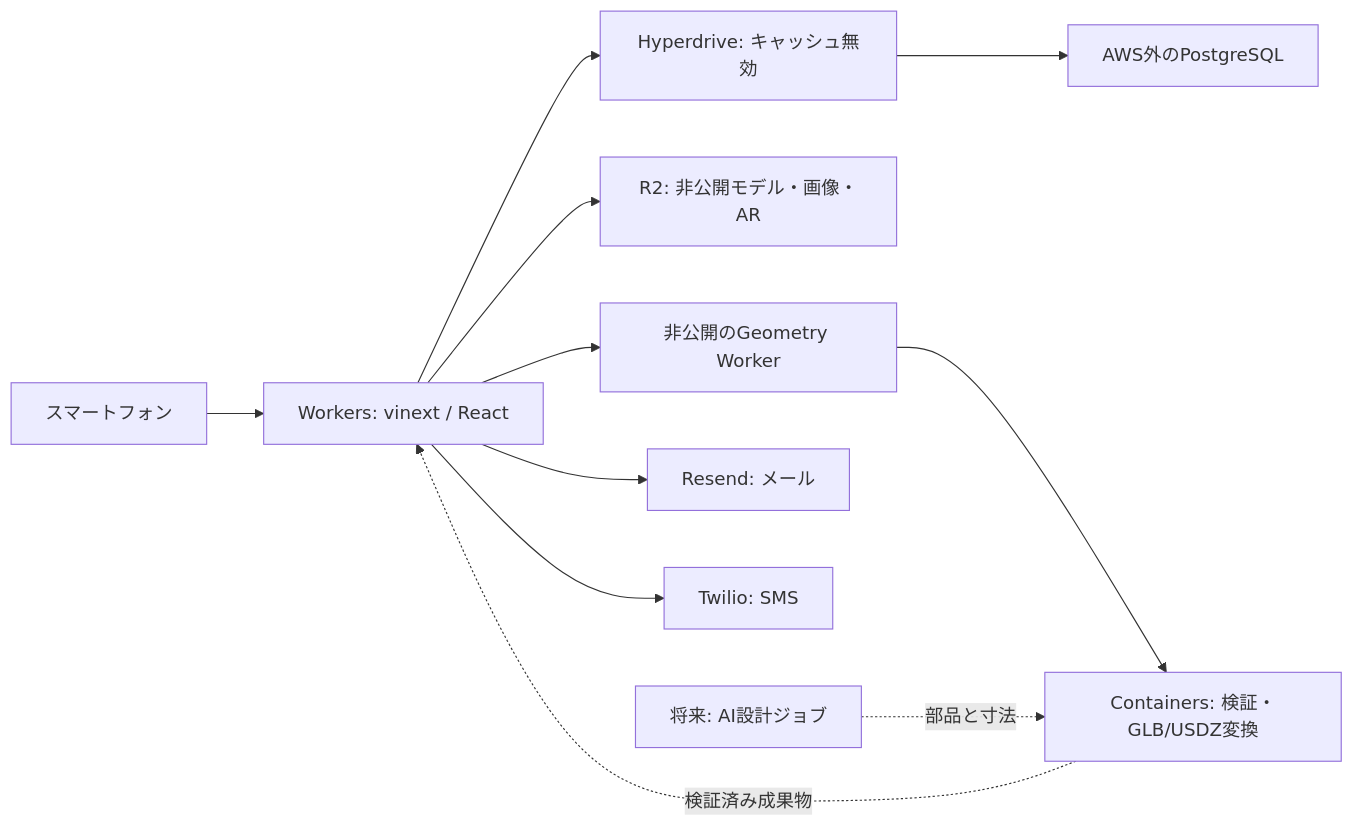
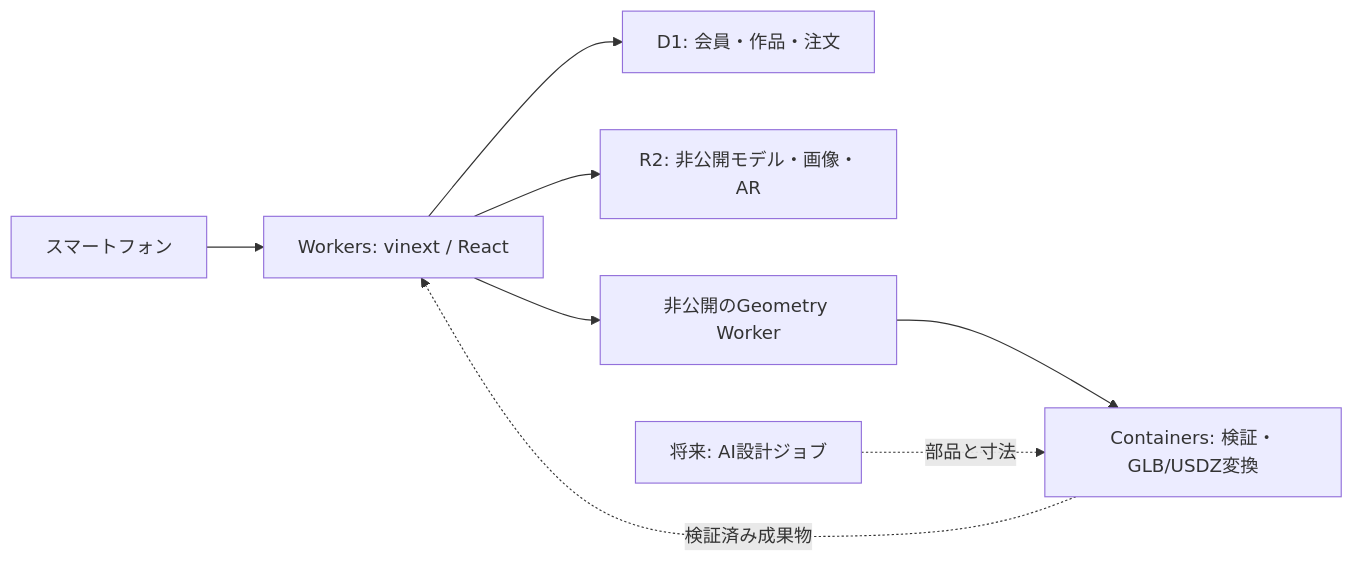
Before and after one commit to wavy535/oshikatsu-3dprint: the diagram in docs/product-architecture.md, drawn with Mermaid. The commit also changed other lines of this file and 12 other files, not shown here.

````diff
--- a/docs/product-architecture.md
+++ b/docs/product-architecture.md
@@ -26,13 +26,10 @@
 ```mermaid
 flowchart LR
   U[スマートフォン] --> W[Workers: vinext / React]
-  W --> H[Hyperdrive: キャッシュ無効]
-  H --> P[AWS外のPostgreSQL]
+  W --> D[D1: 会員・作品・注文]
   W --> R[R2: 非公開モデル・画像・AR]
   W --> G[非公開のGeometry Worker]
   G --> C[Containers: 検証・GLB/USDZ変換]
-  W --> M[Resend: メール]
-  W --> S[Twilio: SMS]
   A[将来: AI設計ジョブ] -. 部品と寸法 .-> C
   C -. 検証済み成果物 .-> W
 ```
````
